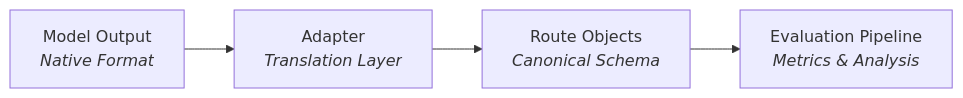
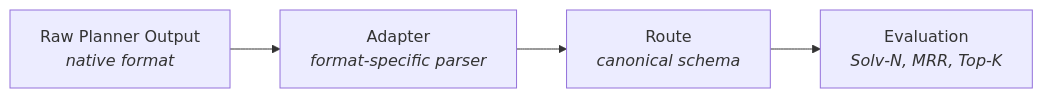
The first of 2 diagrams in docs/concepts.md (ischemist/project-procrustes), drawn with Mermaid before and after one commit. The commit also changed other lines of this file and 300 other files, not shown here.

First line of the commit message:
Finalize schema v2 migration (#116)

````diff
--- a/docs/concepts.md
+++ b/docs/concepts.md
@@ -19,7 +19,6 @@
 ```mermaid
 graph LR
-    A[Model Output<br/><i>Native Format</i>] --> B[Adapter<br/><i>Translation Layer</i>]
-    B --> C[Route Objects<br/><i>Canonical Schema</i>]
-    C --> D[Evaluation Pipeline<br/><i>Metrics & Analysis</i>]
-
+    A[Raw Planner Output<br/><i>native format</i>] --> B[Adapter<br/><i>format-specific parser</i>]
+    B --> C[Route<br/><i>canonical schema</i>]
+    C --> D[Evaluation<br/><i>Solv-N, MRR, Top-K</i>]
 ```
````
